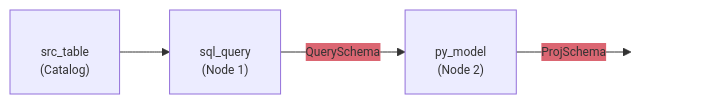
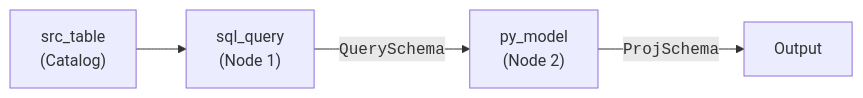
Before and after one commit to BauplanLabs/bauplan: the second of 2 diagrams in docs/pages/concepts/semantic-annotations.mdx, drawn with Mermaid. The commit also changed other lines of this file and 12 other files, not shown here.

First line of the commit message:
docs: give Mermaid diagrams one shared style

````diff
--- a/docs/pages/concepts/semantic-annotations.mdx
+++ b/docs/pages/concepts/semantic-annotations.mdx
@@ -182,13 +178,9 @@
 ```mermaid
-%%{init: {'themeVariables': {'fontSize': '12px', 'edgeLabelBackground': '#DB6672'}}}%%
 flowchart LR
-    A["</br>src_table</br>(Catalog)"]
-    B["</br>sql_query</br>(Node 1)"]
-    C["</br>py_model</br>(Node 2)"]
-    OUT[" "]
+    A["src_table<br/>(Catalog)"]
+    B["sql_query<br/>(Node 1)"]
+    C["py_model<br/>(Node 2)"]
+    OUT["Output"]
 
-    A --> B -- QuerySchema --> C -- ProjSchema --> OUT
-
-    classDef hidden fill:none,stroke:none
-    class OUT hidden
+    A --> B -- "<code>QuerySchema</code>" --> C -- "<code>ProjSchema</code>" --> OUT
 ```
````
